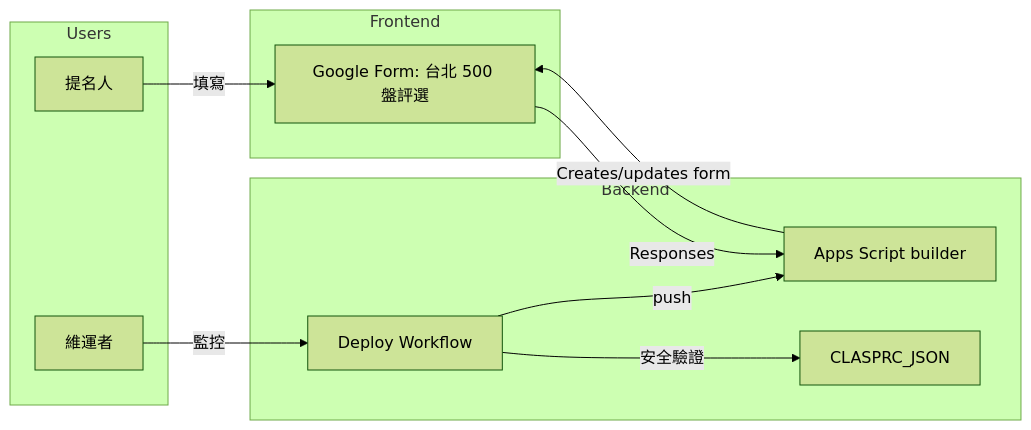
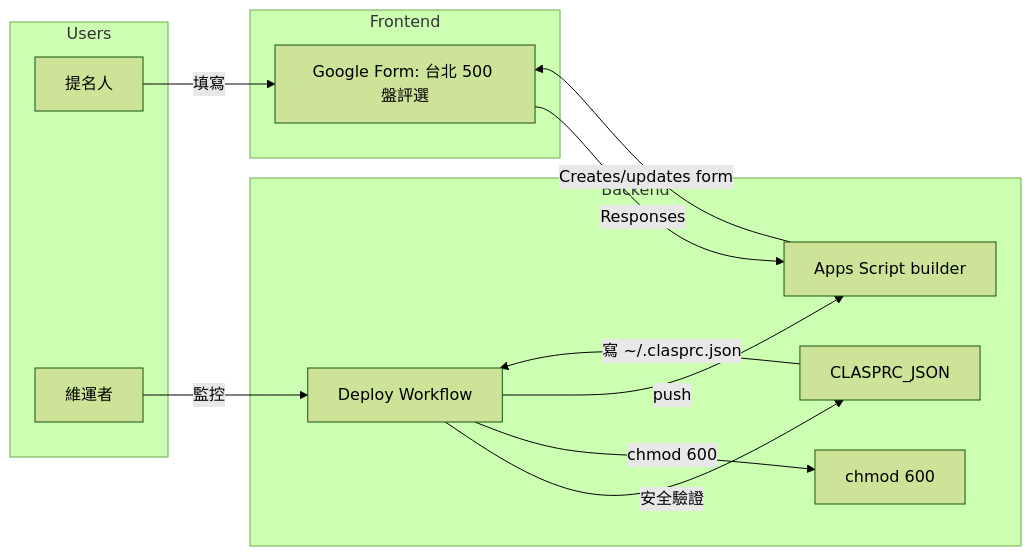
One commit to muyueh/clasp-from-fresh changed the fifth of 5 diagrams in README.md. Above: the diagram before and after it, drawn with Mermaid (forest theme). The commit also changed other lines of this file and 1 other file, not shown here.

Commit message:
Tighten clasp secret handling

````diff
--- a/README.md
+++ b/README.md
@@ -65,19 +68,21 @@
 ```mermaid
 flowchart LR
     subgraph Users
         A[提名人]
         Maint[維運者]
     end
     subgraph Frontend
         Form[Google Form: 台北 500 盤評選]
     end
     subgraph Backend
         CI[Deploy Workflow]
         Secret[CLASPRC_JSON]
         Script[Apps Script builder]
+        Perms[chmod 600]
     end
     A -->|填寫| Form -->|Responses| Script
     Script -->|Creates/updates form| Form
     Maint -->|監控| CI -->|安全驗證| Secret
+    Secret -->|寫 ~/.clasprc.json| CI -->|chmod 600| Perms
     CI -->|push| Script
 ```
````
